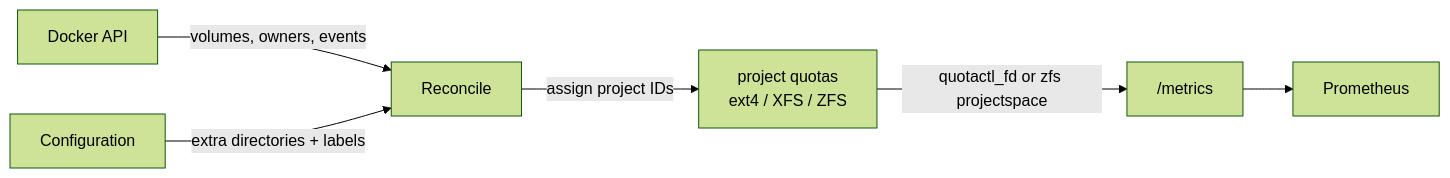
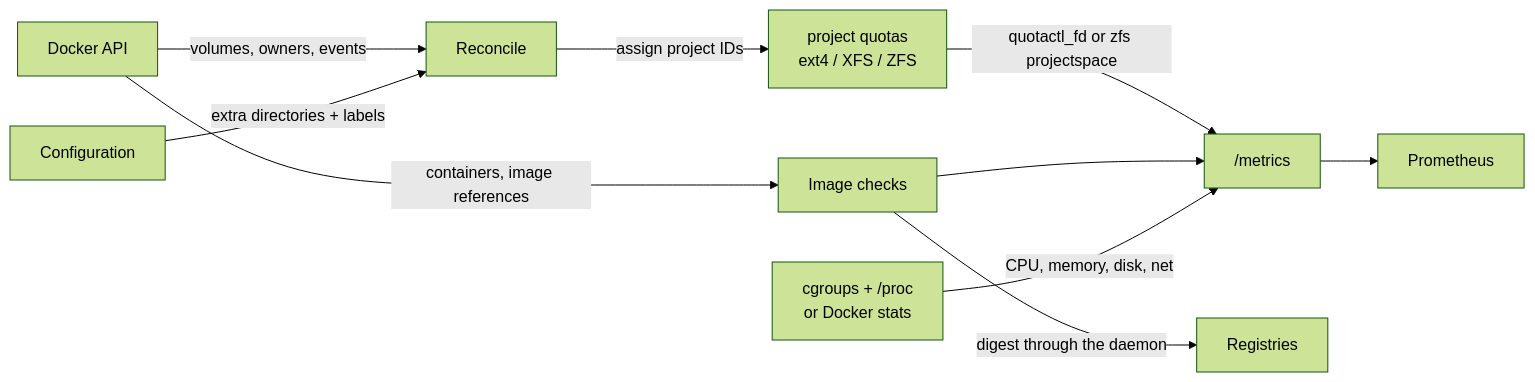
The diagram in README.md (motwok/DirAdvisor), drawn with Mermaid (forest theme) before and after one commit. The commit also changed other lines of this file and 4 other files, not shown here.

````diff
--- a/README.md
+++ b/README.md
@@ -28,8 +37,12 @@
 ```mermaid
 flowchart LR
   D[Docker API] -->|volumes, owners, events| R[Reconcile]
   C[Configuration] -->|extra directories + labels| R
   R -->|assign project IDs| F[project quotas<br/>ext4 / XFS / ZFS]
   F -->|quotactl_fd or zfs projectspace| M["/metrics"]
+  D -->|containers, image references| I[Image checks]
+  I -->|digest through the daemon| G[Registries]
+  I --> M
+  U[cgroups + /proc<br/>or Docker stats] -->|CPU, memory, disk, net| M
   M --> P[Prometheus]
 ```
````
